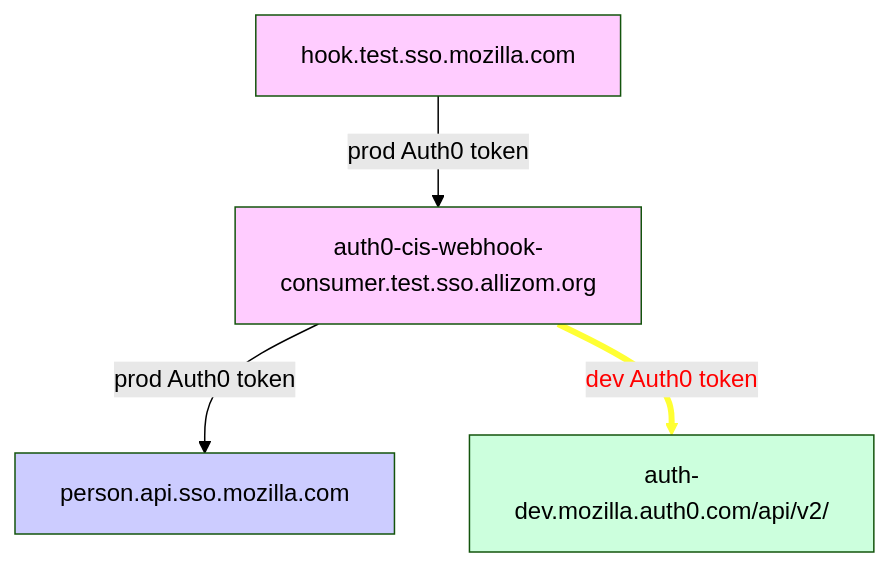
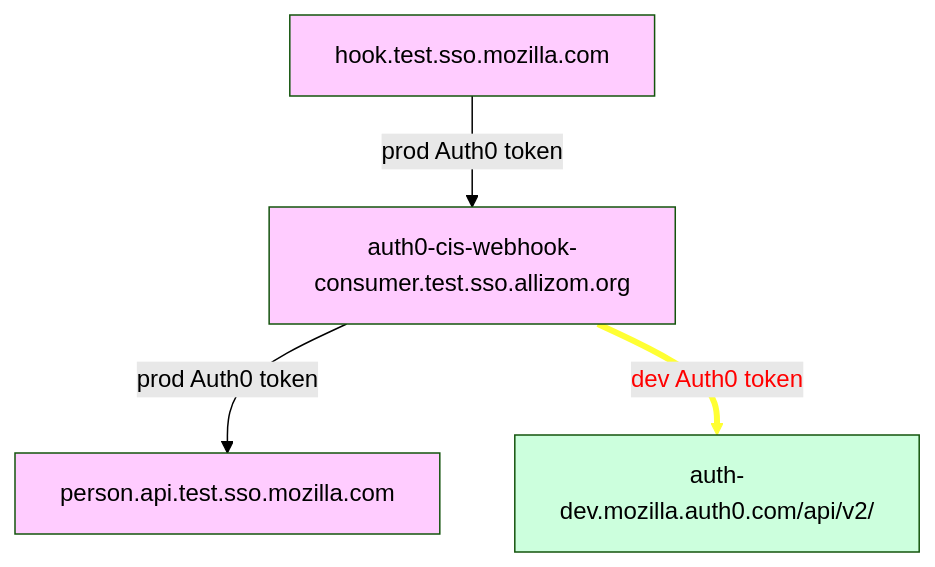
Before and after one commit to bheesham/auth0-cis-webhook-consumer: the third of 3 diagrams in README.md, drawn with Mermaid (forest theme). The commit also changed other lines of this file and 4 other files, not shown here.

````diff
--- a/README.md
+++ b/README.md
@@ -211,11 +212,11 @@
 ```mermaid
 graph TD
   hook.test.sso.mozilla.com -->|prod Auth0 token| auth0-cis-webhook-consumer.test.sso.allizom.org
-  auth0-cis-webhook-consumer.test.sso.allizom.org -->|prod Auth0 token| person.api.sso.mozilla.com
+  auth0-cis-webhook-consumer.test.sso.allizom.org -->|prod Auth0 token| person.api.test.sso.mozilla.com
   auth0-cis-webhook-consumer.test.sso.allizom.org -->|dev Auth0 token| auth-dev.mozilla.auth0.com/api/v2/
   linkStyle 2 stroke:#ff3,stroke-width:4px,color:red;
   style hook.test.sso.mozilla.com fill:#fcf
   style auth0-cis-webhook-consumer.test.sso.allizom.org fill:#fcf
-  style person.api.sso.mozilla.com fill:#ccf
+  style person.api.test.sso.mozilla.com fill:#fcf
   style auth-dev.mozilla.auth0.com/api/v2/ fill:#cfd
 ```
````
